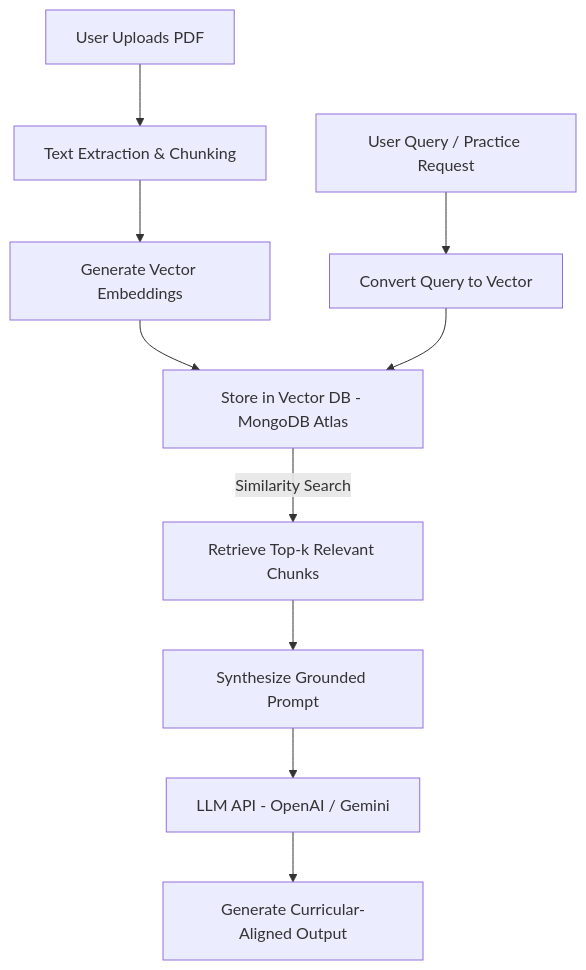
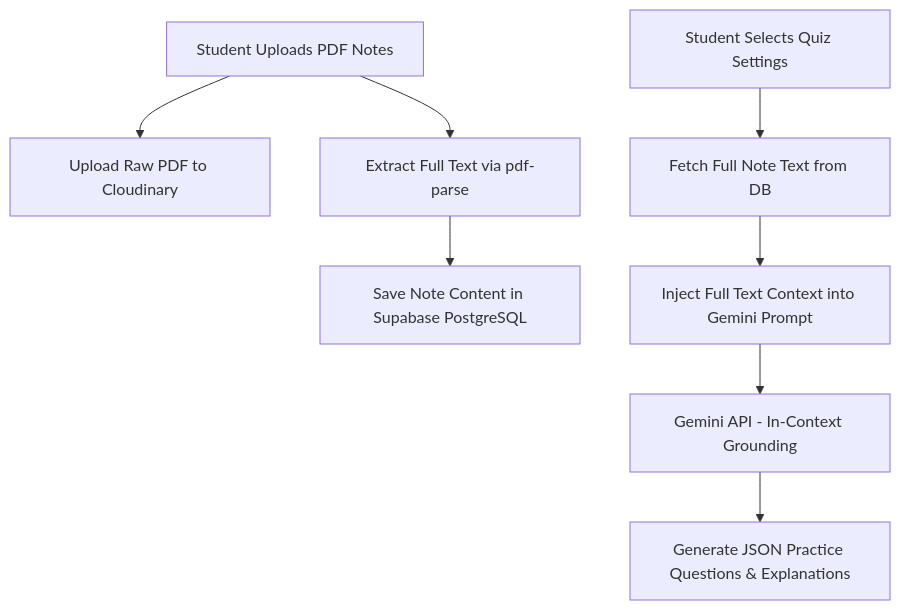
The diagram in docs/chapter2.md (abdulhafiz999/revisio), drawn with Mermaid before and after one commit. The commit also changed other lines of this file and 1 other file, not shown here.

````diff
--- a/docs/chapter2.md
+++ b/docs/chapter2.md
@@ -55,12 +55,10 @@
 ```mermaid
 graph TD
-    A[User Uploads PDF] --> B[Text Extraction & Chunking]
-    B --> C[Generate Vector Embeddings]
-    C --> D[Store in Vector DB - MongoDB Atlas]
-    E[User Query / Practice Request] --> F[Convert Query to Vector]
-    F --> D
-    D -->|Similarity Search| G[Retrieve Top-k Relevant Chunks]
-    G --> H[Synthesize Grounded Prompt]
-    H --> I[LLM API - OpenAI / Gemini]
-    I --> J[Generate Curricular-Aligned Output]
+    A[Student Uploads PDF Notes] --> B[Upload Raw PDF to Cloudinary]
+    A --> C[Extract Full Text via pdf-parse]
+    C --> D[Save Note Content in Supabase PostgreSQL]
+    E[Student Selects Quiz Settings] --> F[Fetch Full Note Text from DB]
+    F --> G[Inject Full Text Context into Gemini Prompt]
+    G --> H[Gemini API - In-Context Grounding]
+    H --> I[Generate JSON Practice Questions & Explanations]
 ```
````
